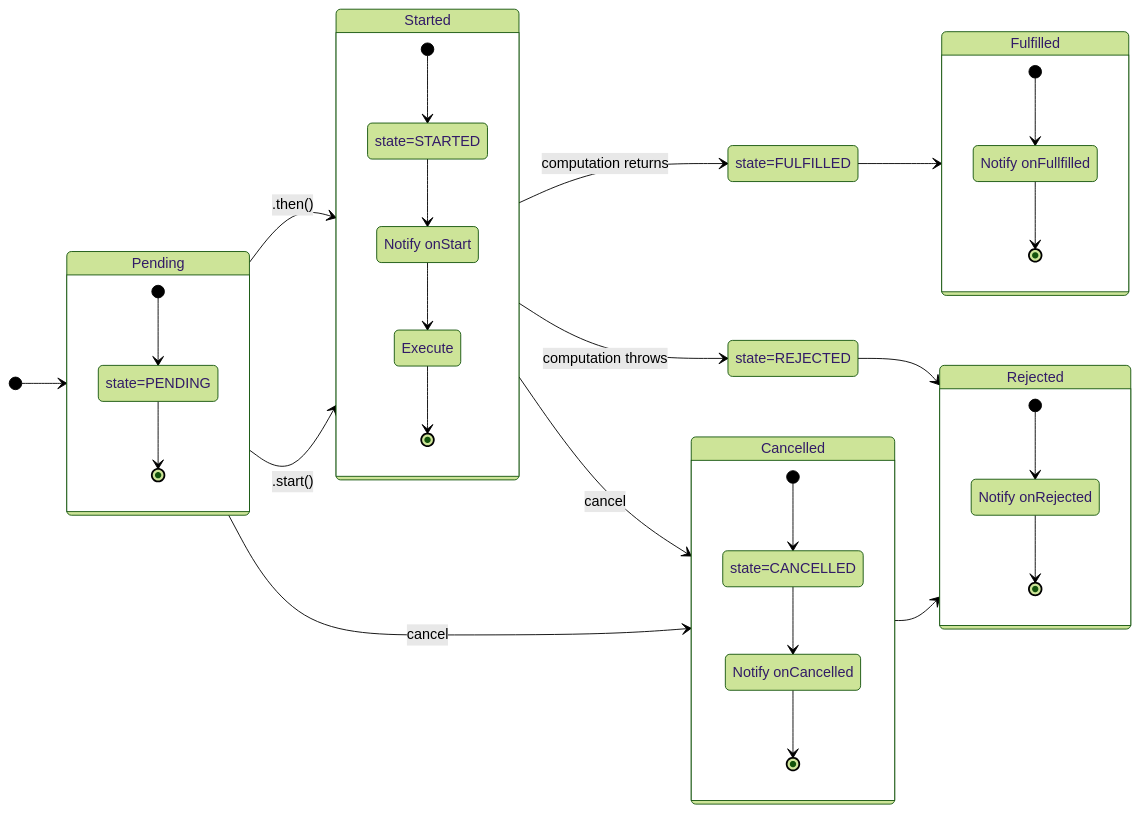
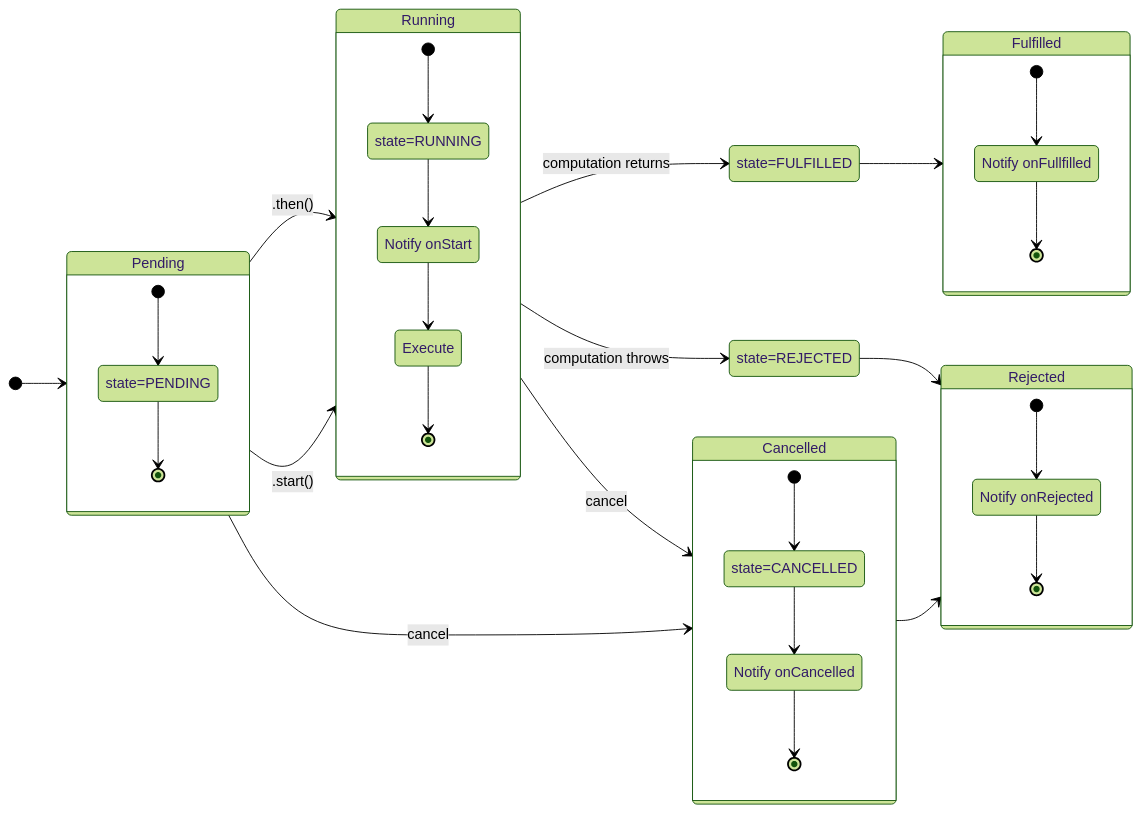
Before and after one commit to BobKerns/better-future: the diagram in src/assets/basic-states.mmd, drawn with Mermaid (forest theme). The commit also changed 12 other files, not shown here.

Commit message:
Rename STARTED to RUNNING

```diff
--- a/src/assets/basic-states.mmd
+++ b/src/assets/basic-states.mmd
@@ -1,45 +1,45 @@
 stateDiagram-v2
     direction LR
 
     [*] --> Pending
-    Pending --> Started : .then()
-    Pending --> Started : .start()
-    Started --> state=FULFILLED : computation returns
+    Pending --> Running : .then()
+    Pending --> Running : .start()
+    Running --> state=FULFILLED : computation returns
     state=FULFILLED --> Fulfilled
-    Started --> state=REJECTED : computation throws
+    Running --> state=REJECTED : computation throws
     state=REJECTED --> Rejected
     Pending --> Cancelled : cancel
-    Started --> Cancelled : cancel
+    Running --> Cancelled : cancel
     Cancelled --> Rejected
 
     state Pending {
       [*] --> state=PENDING
       state=PENDING --> [*]
     }
 
-    state Started {
-      [*] --> state=STARTED
-      state=STARTED --> NotifyStarted
+    state Running {
+      [*] --> state=RUNNING
+      state=RUNNING --> NotifyStarted
       NotifyStarted --> Execute
       Execute --> [*]
       NotifyStarted : Notify onStart
     }
 
     state Fulfilled {
       [*] --> NotifyFulfilled
       NotifyFulfilled --> [*]
       NotifyFulfilled : Notify onFullfilled
     }
 
     state Rejected {
       [*] --> NotifyRejected
       NotifyRejected --> [*]
       NotifyRejected : Notify onRejected
     }
 
     state Cancelled {
       [*] --> state=CANCELLED
       state=CANCELLED --> NotifyCancelled
       NotifyCancelled --> [*]
       NotifyCancelled : Notify onCancelled
     }
```
